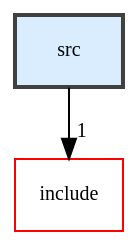
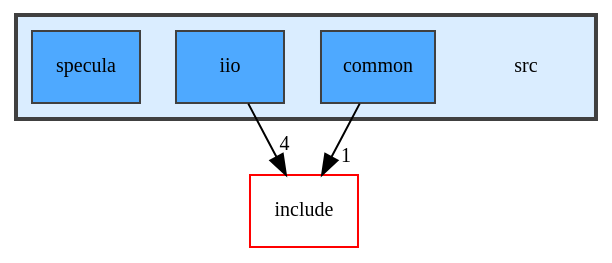
The diagram in dir_68267d1309a1af8e8297ef4c3efbcdba_dep.dot (LuxAter/Specula), drawn with Graphviz before and after one commit. The commit also changed 154 other files, not shown here.

```diff
--- a/dir_68267d1309a1af8e8297ef4c3efbcdba_dep.dot
+++ b/dir_68267d1309a1af8e8297ef4c3efbcdba_dep.dot
@@ -1,11 +1,18 @@
 digraph "src"
 {
  // LATEX_PDF_SIZE
   bgcolor="transparent";
   edge [fontname="Iosevka",fontsize="10",labelfontname="Iosevka",labelfontsize="10"];
   node [fontname="Iosevka",fontsize="10",shape=record];
   compound=true
-  dir_68267d1309a1af8e8297ef4c3efbcdba [shape=box, label="src", style="filled,bold,", fillcolor="#daedff", color="grey25", URL="dir_68267d1309a1af8e8297ef4c3efbcdba.html"];
+  subgraph clusterdir_68267d1309a1af8e8297ef4c3efbcdba {
+    graph [ bgcolor="#daedff", pencolor="grey25", style="filled,bold,", label="", fontname="Iosevka", fontsize="10", URL="dir_68267d1309a1af8e8297ef4c3efbcdba.html"]
+    dir_68267d1309a1af8e8297ef4c3efbcdba [shape=plaintext, label="src"];
+  dir_fdedb0aba14d44ce9d99bc100e026e6a [shape=box, label="common", style="filled,", fillcolor="#4ea9ff", color="grey25", URL="dir_fdedb0aba14d44ce9d99bc100e026e6a.html"];
+  dir_d7c627c2973a53d39511242d15895b65 [shape=box, label="iio", style="filled,", fillcolor="#4ea9ff", color="grey25", URL="dir_d7c627c2973a53d39511242d15895b65.html"];
+  dir_a0e731e10d9f439d5123770c2e4a5df8 [shape=box, label="specula", style="filled,", fillcolor="#4ea9ff", color="grey25", URL="dir_a0e731e10d9f439d5123770c2e4a5df8.html"];
+  }
   dir_d44c64559bbebec7f509842c48db8b23 [shape=box, label="include", style="", fillcolor="#daedff", color="red", URL="dir_d44c64559bbebec7f509842c48db8b23.html"];
-  dir_68267d1309a1af8e8297ef4c3efbcdba->dir_d44c64559bbebec7f509842c48db8b23 [headlabel="1", labeldistance=1.5 headhref="dir_000003_000001.html"];
+  dir_fdedb0aba14d44ce9d99bc100e026e6a->dir_d44c64559bbebec7f509842c48db8b23 [headlabel="1", labeldistance=1.5 headhref="dir_000001_000005.html"];
+  dir_d7c627c2973a53d39511242d15895b65->dir_d44c64559bbebec7f509842c48db8b23 [headlabel="4", labeldistance=1.5 headhref="dir_000004_000005.html"];
 }
```
